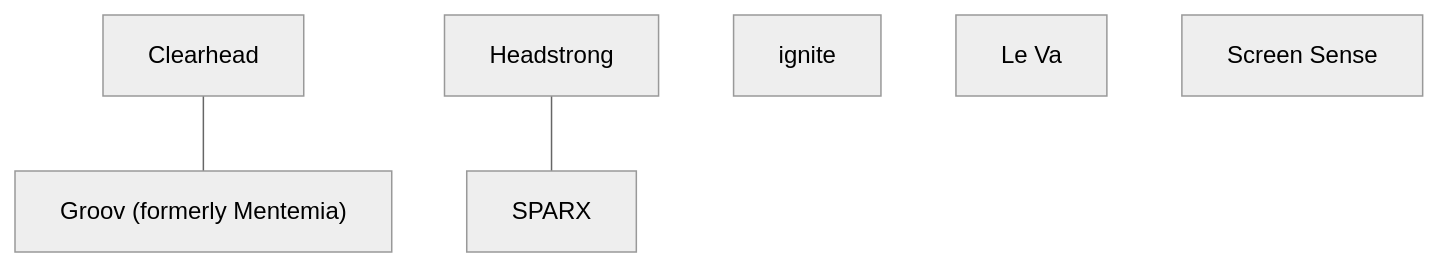
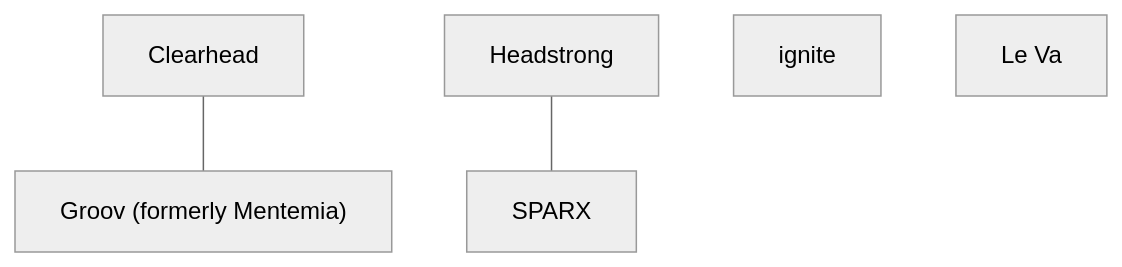
One commit to olitreadwell/nz-tech-for-good changed diagram 11 of 17 in GUIDE.md. Above: the diagram before and after it, drawn with Mermaid (neutral theme). The commit also changed other lines of this file and 268 other files, not shown here.

````diff
--- a/GUIDE.md
+++ b/GUIDE.md
@@ -360,12 +237,11 @@
 ```mermaid
 flowchart TD
     n_Clearhead["Clearhead"]
     n_GroovformerlyMentemia["Groov (formerly Mentemia)"]
     n_Headstrong["Headstrong"]
     n_ignite["ignite"]
     n_LeVa["Le Va"]
-    n_ScreenSense["Screen Sense"]
     n_SPARX["SPARX"]
     n_Clearhead --- n_GroovformerlyMentemia
     n_Headstrong --- n_SPARX
 ```
````
